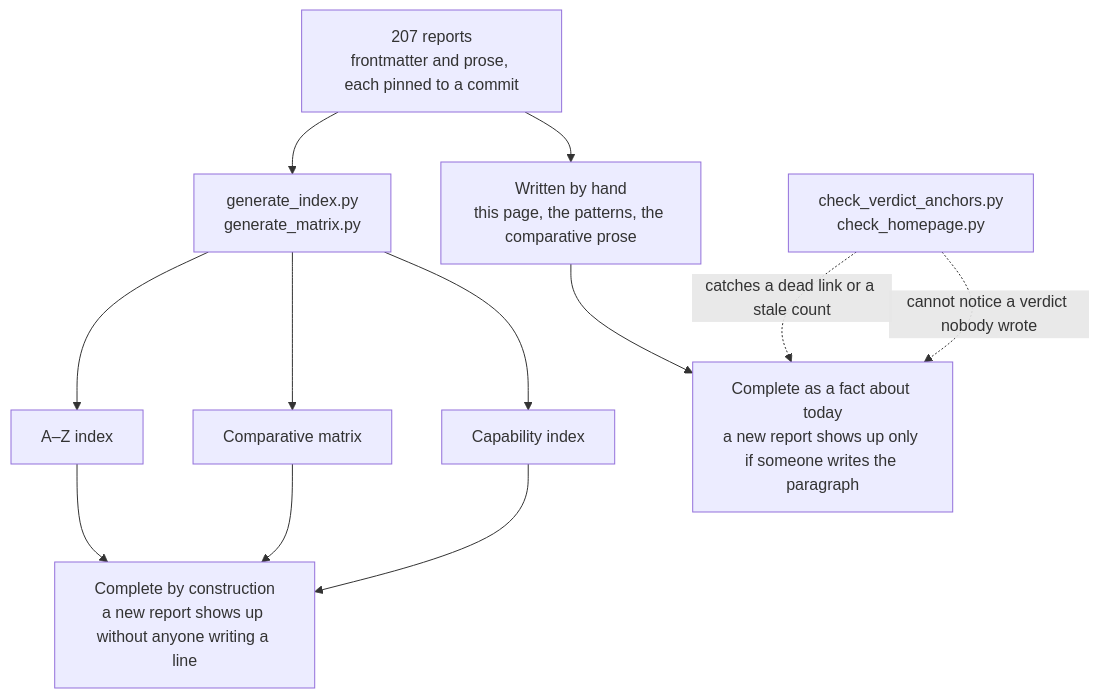
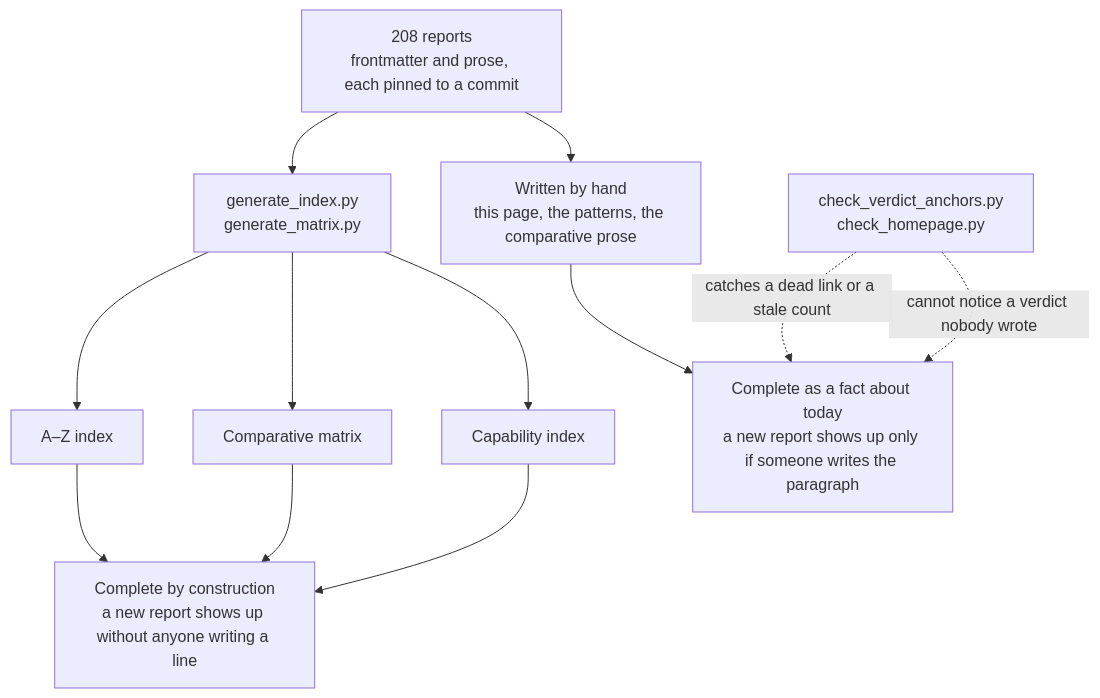
The diagram in content/verdicts.md (neoneye/agent-memory-atlas), drawn with Mermaid before and after one commit. The commit also changed other lines of this file and 19 other files, not shown here.

````diff
--- a/content/verdicts.md
+++ b/content/verdicts.md
@@ -40,15 +40,15 @@
 ```mermaid
 flowchart TD
-    R["207 reports<br/>frontmatter and prose, each pinned to a commit"]
+    R["208 reports<br/>frontmatter and prose, each pinned to a commit"]
     R --> GEN["generate_index.py<br/>generate_matrix.py"]
     R --> HAND["Written by hand<br/>this page, the patterns, the comparative prose"]
     GEN --> AZ["A–Z index"]
     GEN --> MX["Comparative matrix"]
     GEN --> CI["Capability index"]
     AZ --> CONST["Complete by construction<br/>a new report shows up without anyone writing a line"]
     MX --> CONST
     CI --> CONST
     HAND --> TODAY["Complete as a fact about today<br/>a new report shows up only if someone writes the paragraph"]
     CHK["check_verdict_anchors.py<br/>check_homepage.py"] -.->|"catches a dead link or a stale count"| TODAY
     CHK -.->|"cannot notice a verdict nobody wrote"| TODAY
 ```
````
